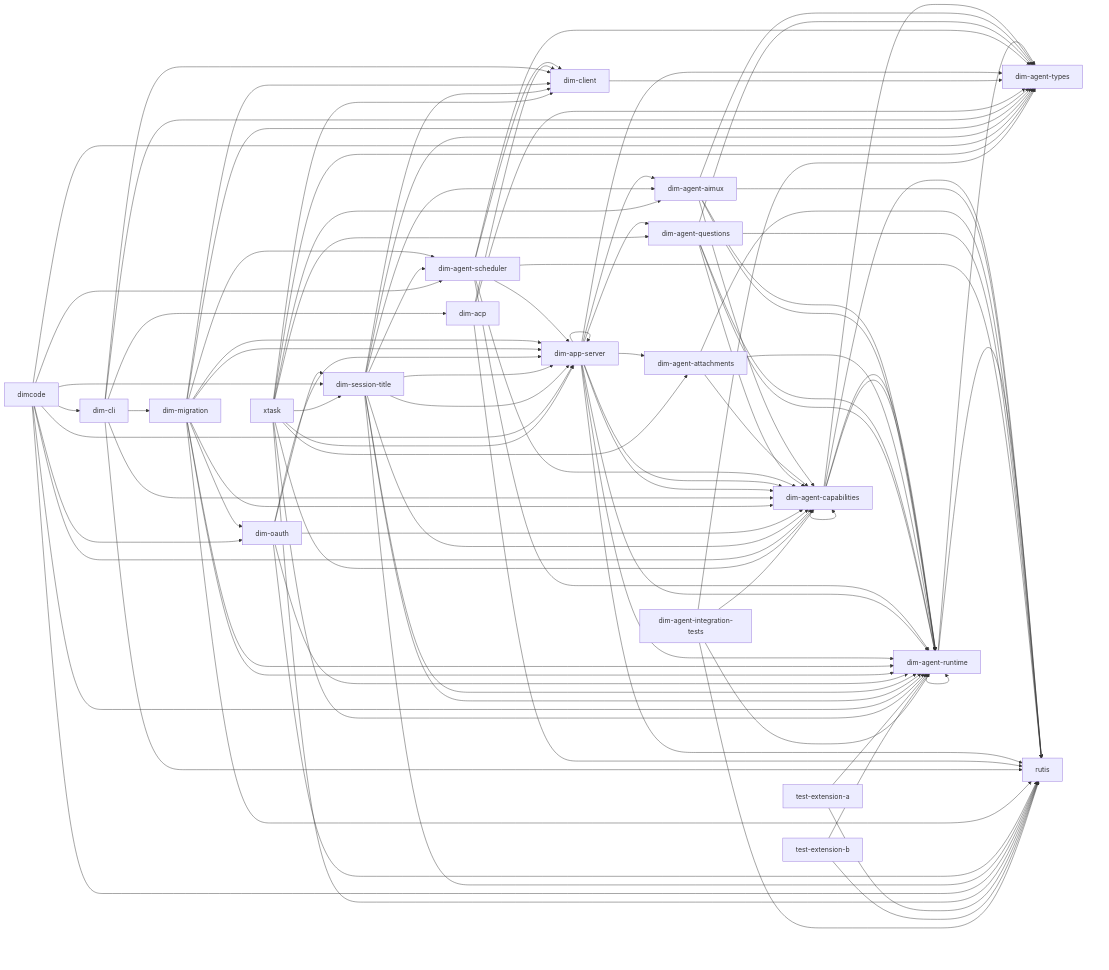
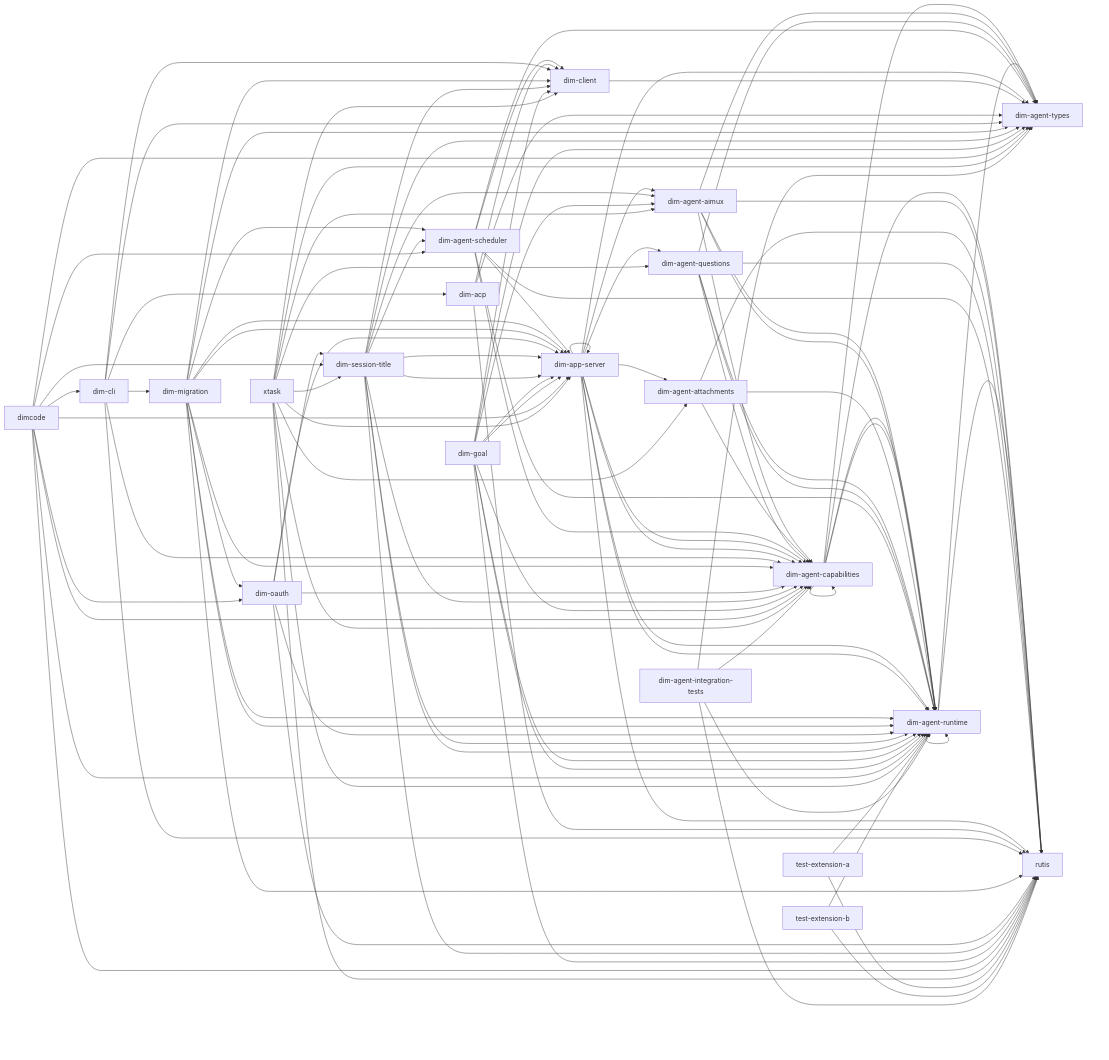
The diagram in docs/architecture/rust-agent/generated/crates.mmd (CoutinhoTTS/dim-agent), drawn with Mermaid before and after one commit. The commit also changed 22 other files, not shown here.

```diff
--- a/docs/architecture/rust-agent/generated/crates.mmd
+++ b/docs/architecture/rust-agent/generated/crates.mmd
@@ -1,101 +1,110 @@
 %% Generated from cargo metadata; do not edit.
 flowchart LR
   dim_agent_runtime["dim-agent-runtime"] --> dim_agent_types["dim-agent-types"]
   dim_agent_runtime["dim-agent-runtime"] --> rutis["rutis"]
   dim_agent_runtime["dim-agent-runtime"] --> dim_agent_runtime["dim-agent-runtime"]
   dim_agent_capabilities["dim-agent-capabilities"] --> dim_agent_runtime["dim-agent-runtime"]
   dim_agent_capabilities["dim-agent-capabilities"] --> dim_agent_types["dim-agent-types"]
   dim_agent_capabilities["dim-agent-capabilities"] --> rutis["rutis"]
   dim_agent_capabilities["dim-agent-capabilities"] --> dim_agent_capabilities["dim-agent-capabilities"]
   dim_agent_capabilities["dim-agent-capabilities"] --> dim_agent_runtime["dim-agent-runtime"]
   dim_agent_aimux["dim-agent-aimux"] --> dim_agent_capabilities["dim-agent-capabilities"]
   dim_agent_aimux["dim-agent-aimux"] --> dim_agent_runtime["dim-agent-runtime"]
   dim_agent_aimux["dim-agent-aimux"] --> dim_agent_types["dim-agent-types"]
   dim_agent_aimux["dim-agent-aimux"] --> rutis["rutis"]
   dim_agent_aimux["dim-agent-aimux"] --> dim_agent_runtime["dim-agent-runtime"]
   dim_agent_attachments["dim-agent-attachments"] --> dim_agent_capabilities["dim-agent-capabilities"]
   dim_agent_attachments["dim-agent-attachments"] --> dim_agent_runtime["dim-agent-runtime"]
   dim_agent_attachments["dim-agent-attachments"] --> rutis["rutis"]
   dim_agent_questions["dim-agent-questions"] --> dim_agent_capabilities["dim-agent-capabilities"]
   dim_agent_questions["dim-agent-questions"] --> dim_agent_runtime["dim-agent-runtime"]
   dim_agent_questions["dim-agent-questions"] --> dim_agent_types["dim-agent-types"]
   dim_agent_questions["dim-agent-questions"] --> rutis["rutis"]
   dim_agent_questions["dim-agent-questions"] --> dim_agent_runtime["dim-agent-runtime"]
   dim_agent_scheduler["dim-agent-scheduler"] --> dim_agent_capabilities["dim-agent-capabilities"]
   dim_agent_scheduler["dim-agent-scheduler"] --> dim_agent_runtime["dim-agent-runtime"]
   dim_agent_scheduler["dim-agent-scheduler"] --> dim_agent_types["dim-agent-types"]
   dim_agent_scheduler["dim-agent-scheduler"] --> dim_app_server["dim-app-server"]
   dim_agent_scheduler["dim-agent-scheduler"] --> rutis["rutis"]
   dim_agent_scheduler["dim-agent-scheduler"] --> dim_client["dim-client"]
   dim_app_server["dim-app-server"] --> dim_agent_aimux["dim-agent-aimux"]
   dim_app_server["dim-app-server"] --> dim_agent_attachments["dim-agent-attachments"]
   dim_app_server["dim-app-server"] --> dim_agent_capabilities["dim-agent-capabilities"]
   dim_app_server["dim-app-server"] --> dim_agent_questions["dim-agent-questions"]
   dim_app_server["dim-app-server"] --> dim_agent_runtime["dim-agent-runtime"]
   dim_app_server["dim-app-server"] --> dim_agent_types["dim-agent-types"]
   dim_app_server["dim-app-server"] --> rutis["rutis"]
   dim_app_server["dim-app-server"] --> dim_agent_capabilities["dim-agent-capabilities"]
   dim_app_server["dim-app-server"] --> dim_agent_runtime["dim-agent-runtime"]
   dim_app_server["dim-app-server"] --> dim_app_server["dim-app-server"]
   dim_client["dim-client"] --> dim_agent_types["dim-agent-types"]
   dim_acp["dim-acp"] --> dim_agent_types["dim-agent-types"]
   dim_acp["dim-acp"] --> dim_client["dim-client"]
   dim_acp["dim-acp"] --> rutis["rutis"]
   dim_cli["dim-cli"] --> dim_acp["dim-acp"]
   dim_cli["dim-cli"] --> dim_agent_capabilities["dim-agent-capabilities"]
   dim_cli["dim-cli"] --> dim_agent_types["dim-agent-types"]
   dim_cli["dim-cli"] --> dim_client["dim-client"]
   dim_cli["dim-cli"] --> dim_migration["dim-migration"]
   dim_cli["dim-cli"] --> rutis["rutis"]
   dim_migration["dim-migration"] --> dim_agent_capabilities["dim-agent-capabilities"]
   dim_migration["dim-migration"] --> dim_agent_runtime["dim-agent-runtime"]
   dim_migration["dim-migration"] --> dim_agent_types["dim-agent-types"]
   dim_migration["dim-migration"] --> dim_app_server["dim-app-server"]
   dim_migration["dim-migration"] --> rutis["rutis"]
   dim_migration["dim-migration"] --> dim_agent_runtime["dim-agent-runtime"]
   dim_migration["dim-migration"] --> dim_agent_scheduler["dim-agent-scheduler"]
   dim_migration["dim-migration"] --> dim_app_server["dim-app-server"]
   dim_migration["dim-migration"] --> dim_client["dim-client"]
   dim_migration["dim-migration"] --> dim_oauth["dim-oauth"]
   dim_oauth["dim-oauth"] --> dim_agent_capabilities["dim-agent-capabilities"]
   dim_oauth["dim-oauth"] --> dim_agent_runtime["dim-agent-runtime"]
   dim_oauth["dim-oauth"] --> dim_app_server["dim-app-server"]
   dim_oauth["dim-oauth"] --> dim_session_title["dim-session-title"]
   dim_oauth["dim-oauth"] --> rutis["rutis"]
   dim_session_title["dim-session-title"] --> dim_agent_capabilities["dim-agent-capabilities"]
   dim_session_title["dim-session-title"] --> dim_agent_runtime["dim-agent-runtime"]
   dim_session_title["dim-session-title"] --> dim_agent_types["dim-agent-types"]
   dim_session_title["dim-session-title"] --> dim_app_server["dim-app-server"]
   dim_session_title["dim-session-title"] --> rutis["rutis"]
   dim_session_title["dim-session-title"] --> dim_agent_aimux["dim-agent-aimux"]
   dim_session_title["dim-session-title"] --> dim_agent_runtime["dim-agent-runtime"]
   dim_session_title["dim-session-title"] --> dim_agent_scheduler["dim-agent-scheduler"]
   dim_session_title["dim-session-title"] --> dim_app_server["dim-app-server"]
   dim_session_title["dim-session-title"] --> dim_client["dim-client"]
+  dim_goal["dim-goal"] --> dim_agent_capabilities["dim-agent-capabilities"]
+  dim_goal["dim-goal"] --> dim_agent_runtime["dim-agent-runtime"]
+  dim_goal["dim-goal"] --> dim_agent_types["dim-agent-types"]
+  dim_goal["dim-goal"] --> dim_app_server["dim-app-server"]
+  dim_goal["dim-goal"] --> rutis["rutis"]
+  dim_goal["dim-goal"] --> dim_agent_aimux["dim-agent-aimux"]
+  dim_goal["dim-goal"] --> dim_agent_runtime["dim-agent-runtime"]
+  dim_goal["dim-goal"] --> dim_app_server["dim-app-server"]
+  dim_goal["dim-goal"] --> dim_client["dim-client"]
   dimcode["dimcode"] --> dim_agent_runtime["dim-agent-runtime"]
   dimcode["dimcode"] --> dim_agent_scheduler["dim-agent-scheduler"]
   dimcode["dimcode"] --> dim_app_server["dim-app-server"]
   dimcode["dimcode"] --> dim_cli["dim-cli"]
   dimcode["dimcode"] --> dim_oauth["dim-oauth"]
   dimcode["dimcode"] --> dim_session_title["dim-session-title"]
   dimcode["dimcode"] --> dim_agent_capabilities["dim-agent-capabilities"]
   dimcode["dimcode"] --> dim_agent_types["dim-agent-types"]
   dimcode["dimcode"] --> rutis["rutis"]
   xtask["xtask"] --> dim_agent_aimux["dim-agent-aimux"]
   xtask["xtask"] --> dim_agent_attachments["dim-agent-attachments"]
   xtask["xtask"] --> dim_agent_capabilities["dim-agent-capabilities"]
   xtask["xtask"] --> dim_agent_questions["dim-agent-questions"]
   xtask["xtask"] --> dim_agent_runtime["dim-agent-runtime"]
   xtask["xtask"] --> dim_agent_types["dim-agent-types"]
   xtask["xtask"] --> dim_app_server["dim-app-server"]
   xtask["xtask"] --> dim_client["dim-client"]
   xtask["xtask"] --> dim_session_title["dim-session-title"]
   xtask["xtask"] --> rutis["rutis"]
   test_extension_a["test-extension-a"] --> dim_agent_runtime["dim-agent-runtime"]
   test_extension_a["test-extension-a"] --> rutis["rutis"]
   test_extension_b["test-extension-b"] --> dim_agent_runtime["dim-agent-runtime"]
   test_extension_b["test-extension-b"] --> rutis["rutis"]
   dim_agent_integration_tests["dim-agent-integration-tests"] --> dim_agent_capabilities["dim-agent-capabilities"]
   dim_agent_integration_tests["dim-agent-integration-tests"] --> dim_agent_runtime["dim-agent-runtime"]
   dim_agent_integration_tests["dim-agent-integration-tests"] --> dim_agent_types["dim-agent-types"]
   dim_agent_integration_tests["dim-agent-integration-tests"] --> rutis["rutis"]
```
